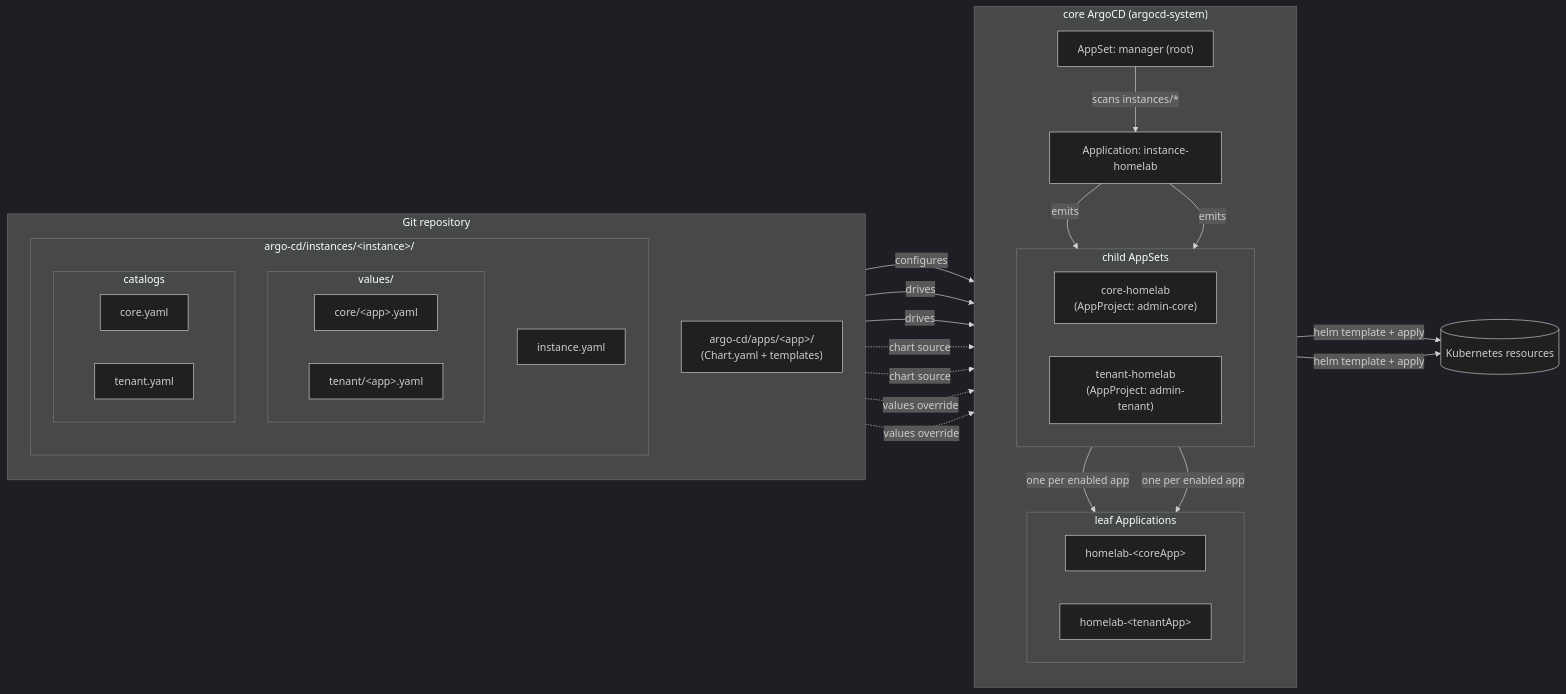
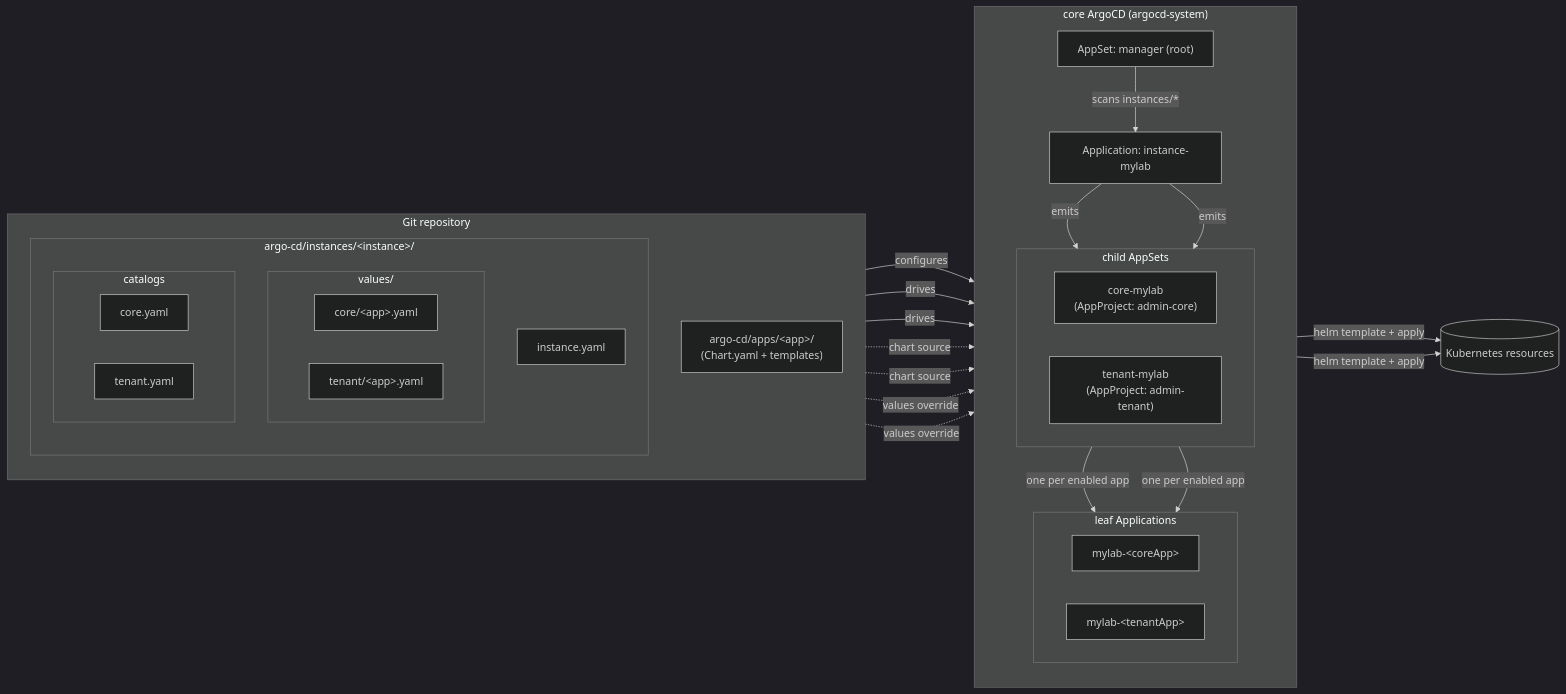
One commit to this-is-tobi/ohmlab changed the first of 4 diagrams in docs/05-services.md. Above: the diagram before and after it, drawn with Mermaid (dark theme). The commit also changed other lines of this file and 11 other files, not shown here.

````diff
--- a/docs/05-services.md
+++ b/docs/05-services.md
@@ -107,56 +107,56 @@
 ```mermaid
 flowchart LR
     subgraph git["Git repository"]
         direction TB
         subgraph instFolder["argo-cd/instances/&lt;instance&gt;/"]
             direction TB
             subgraph valsTree["values/"]
                 direction LR
                 coreVals["core/&lt;app&gt;.yaml"]
                 tenantVals["tenant/&lt;app&gt;.yaml"]
             end
             subgraph catalogs["catalogs"]
                 direction LR
                 coreCat["core.yaml"]
                 tenantCat["tenant.yaml"]
             end
             instYaml["instance.yaml"]
         end
         chart["argo-cd/apps/&lt;app&gt;/<br/>(Chart.yaml + templates)"]
     end
 
     subgraph engine["core ArgoCD (argocd-system)"]
         direction TB
         rootAS["AppSet: manager (root)"]
-        instApp["Application: instance-homelab"]
+        instApp["Application: instance-mylab"]
         subgraph childAS["child AppSets"]
             direction LR
-            coreAS["core-homelab<br/>(AppProject: admin-core)"]
-            tenantAS["tenant-homelab<br/>(AppProject: admin-tenant)"]
+            coreAS["core-mylab<br/>(AppProject: admin-core)"]
+            tenantAS["tenant-mylab<br/>(AppProject: admin-tenant)"]
         end
         subgraph leafApps["leaf Applications"]
             direction LR
-            coreApp["homelab-&lt;coreApp&gt;"]
-            tenantApp["homelab-&lt;tenantApp&gt;"]
+            coreApp["mylab-&lt;coreApp&gt;"]
+            tenantApp["mylab-&lt;tenantApp&gt;"]
         end
     end
 
     k8s[(Kubernetes resources)]
 
     %% Git → ArgoCD wiring
     rootAS -->|scans instances/*| instApp
     instYaml -->|configures| instApp
     instApp -->|emits| coreAS & tenantAS
     coreCat -->|drives| coreAS
     tenantCat -->|drives| tenantAS
     coreAS -->|one per enabled app| coreApp
     tenantAS -->|one per enabled app| tenantApp
 
     %% Per-app sources (chart + values)
     chart -. chart source .-> coreApp & tenantApp
     coreVals -. values override .-> coreApp
     tenantVals -. values override .-> tenantApp
 
     %% Sync to cluster
     coreApp & tenantApp -->|helm template + apply| k8s
 ```
````
